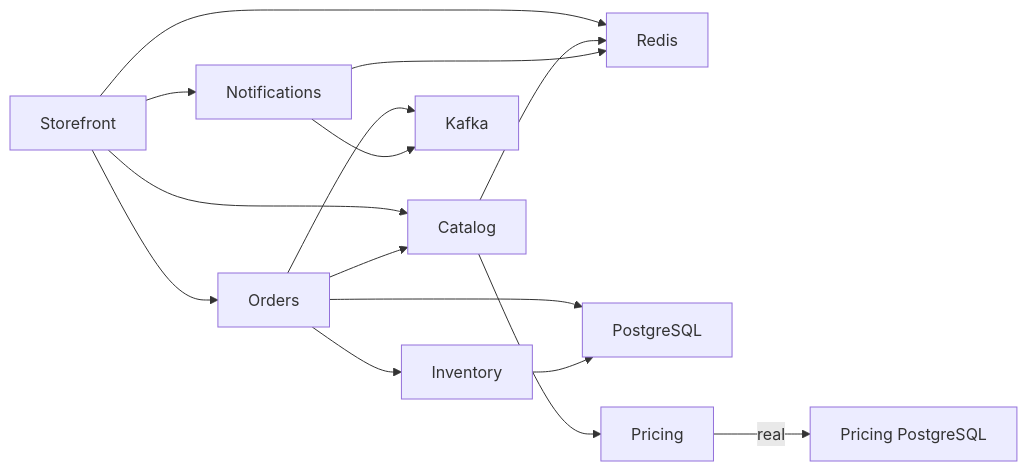
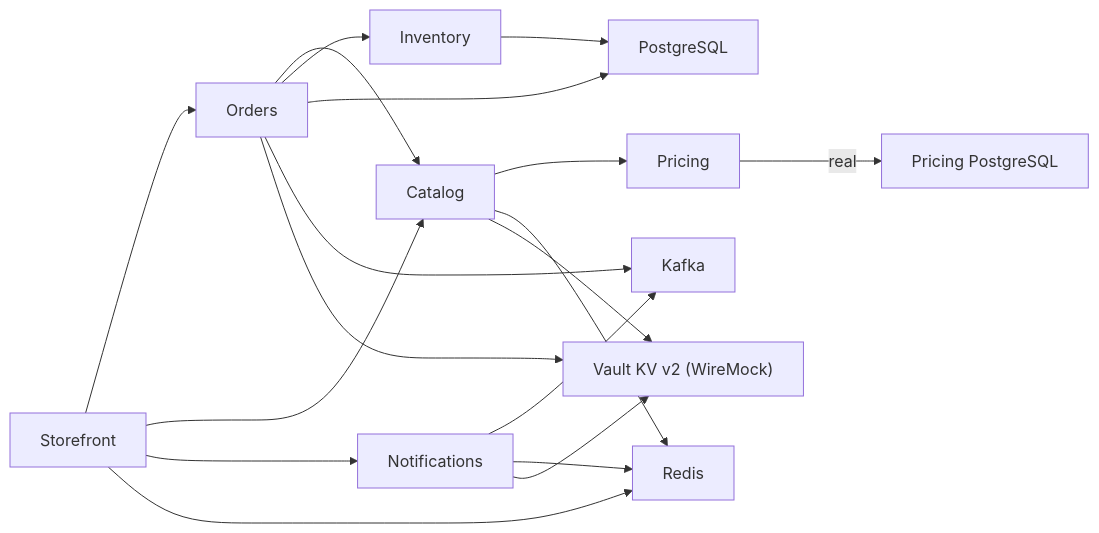
One commit to chochanyeon/injector changed the diagram in examples/demo/monorepo/README.md. Above: the diagram before and after it, drawn with Mermaid. The commit also changed other lines of this file and 32 other files, not shown here.

````diff
--- a/examples/demo/monorepo/README.md
+++ b/examples/demo/monorepo/README.md
@@ -7,9 +7,10 @@
 ```mermaid
 flowchart LR
     Storefront --> Orders & Catalog & Notifications & Redis
     Orders --> Catalog & Inventory & PostgreSQL & Kafka
     Catalog --> Pricing & Redis
     Inventory --> PostgreSQL
     Pricing -->|real| PricingDB["Pricing PostgreSQL"]
     Notifications --> Kafka & Redis
+    Orders & Catalog & Notifications --> Vault["Vault KV v2 (WireMock)"]
 ```
````
